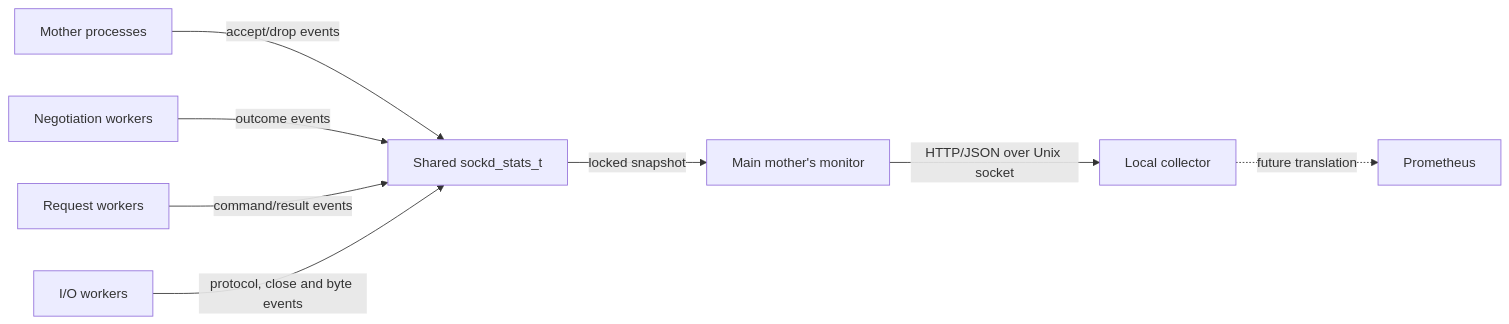
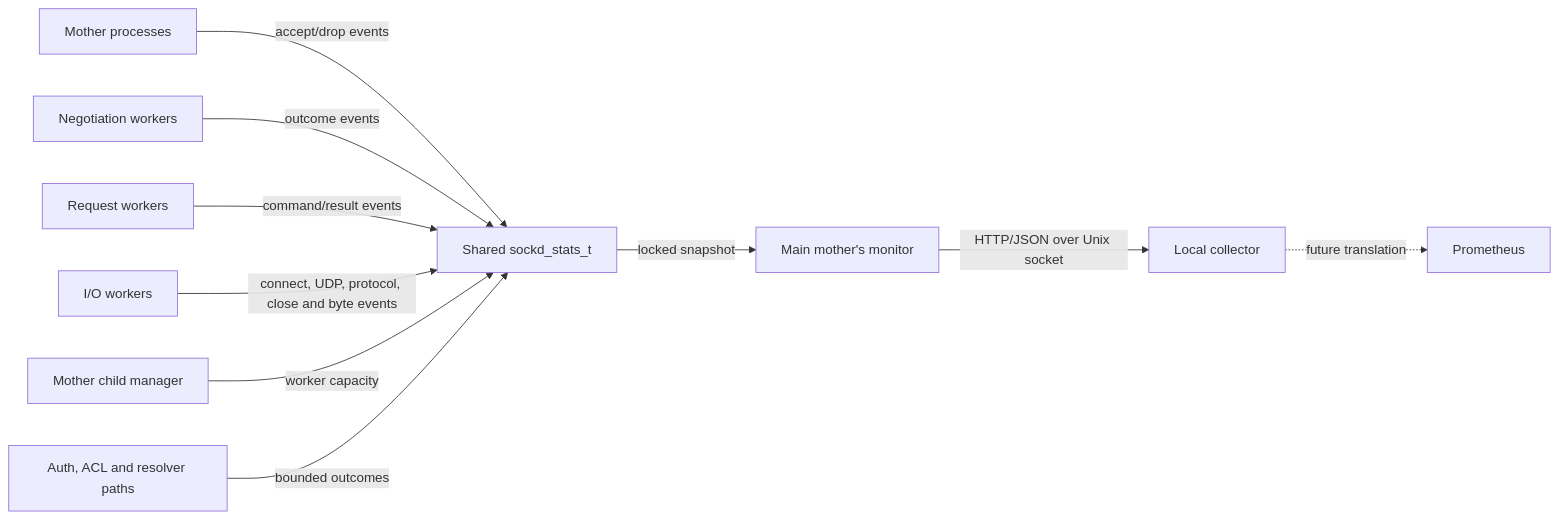
One commit to ilcreate/dante changed the diagram in dante/docs/features/statistics-api/architecture.md. Above: the diagram before and after it, drawn with Mermaid. The commit also changed other lines of this file and 7 other files, not shown here.

````diff
--- a/dante/docs/features/statistics-api/architecture.md
+++ b/dante/docs/features/statistics-api/architecture.md
@@ -7,10 +7,12 @@
 ```mermaid
 flowchart LR
     M[Mother processes] -->|accept/drop events| S[Shared sockd_stats_t]
     N[Negotiation workers] -->|outcome events| S
     R[Request workers] -->|command/result events| S
-    I[I/O workers] -->|protocol, close and byte events| S
+    I[I/O workers] -->|connect, UDP, protocol, close and byte events| S
+    C[Mother child manager] -->|worker capacity| S
+    A[Auth, ACL and resolver paths] -->|bounded outcomes| S
     S -->|locked snapshot| O[Main mother's monitor]
     O -->|HTTP/JSON over Unix socket| E[Local collector]
     E -. future translation .-> P[Prometheus]
 ```
````
